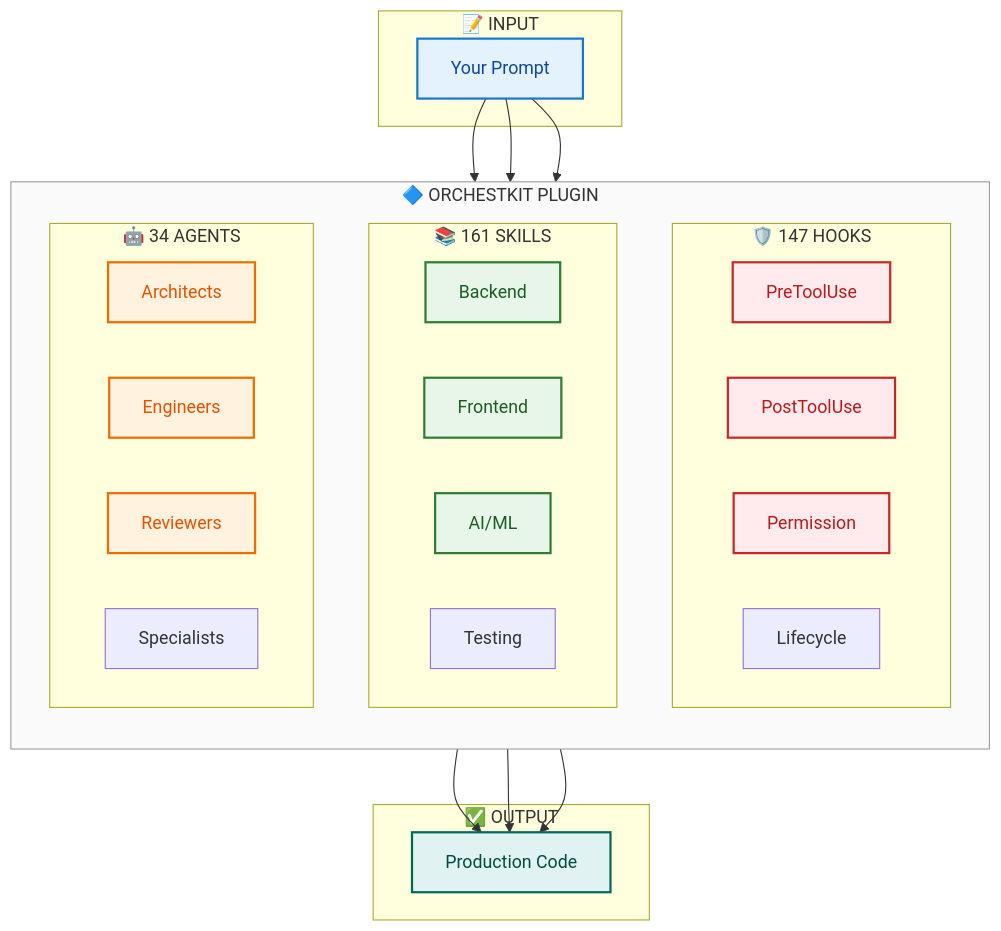
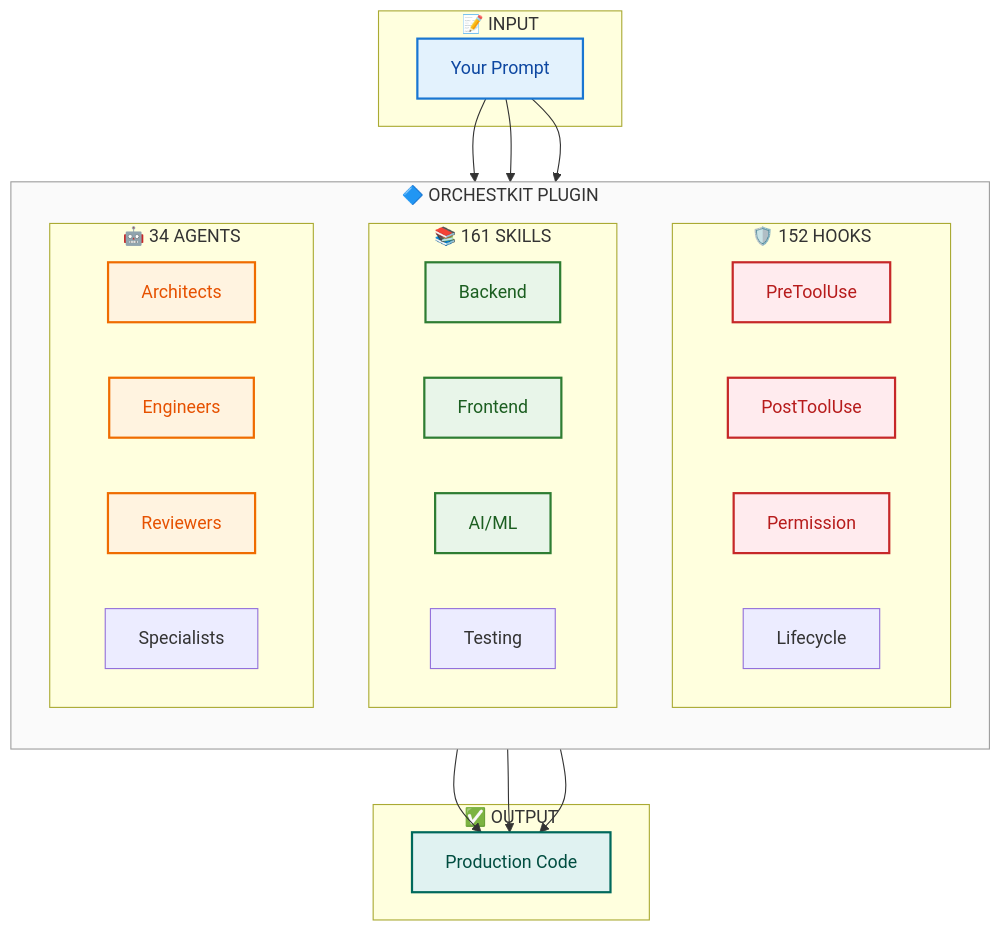
One commit to yonatangross/orchestkit changed the second of 2 diagrams in README.md. Above: the diagram before and after it, drawn with Mermaid. The commit also changed other lines of this file and 2374 other files, not shown here.

````diff
--- a/README.md
+++ b/README.md
@@ -463,59 +463,59 @@
 ```mermaid
 flowchart TB
     subgraph Input["📝 INPUT"]
         P["Your Prompt"]
     end
 
     subgraph OrchestKit["🔷 ORCHESTKIT PLUGIN"]
         direction TB
 
-        subgraph Hooks["🛡️ 147 HOOKS"]
+        subgraph Hooks["🛡️ 152 HOOKS"]
             direction LR
             H1["PreToolUse"]
             H2["PostToolUse"]
             H3["Permission"]
             H4["Lifecycle"]
         end
 
         subgraph Skills["📚 161 SKILLS"]
             direction LR
             S1["Backend"]
             S2["Frontend"]
             S3["AI/ML"]
             S4["Testing"]
         end
 
         subgraph Agents["🤖 34 AGENTS"]
             direction LR
             A1["Architects"]
             A2["Engineers"]
             A3["Reviewers"]
             A4["Specialists"]
         end
     end
 
     subgraph Output["✅ OUTPUT"]
         C["Production Code"]
     end
 
     P --> Hooks
     P --> Skills
     P --> Agents
     Hooks --> C
     Skills --> C
     Agents --> C
 
     classDef input fill:#e3f2fd,stroke:#1976d2,stroke-width:2px,color:#0d47a1
     classDef hooks fill:#ffebee,stroke:#c62828,stroke-width:2px,color:#b71c1c
     classDef skills fill:#e8f5e9,stroke:#2e7d32,stroke-width:2px,color:#1b5e20
     classDef agents fill:#fff3e0,stroke:#ef6c00,stroke-width:2px,color:#e65100
     classDef output fill:#e0f2f1,stroke:#00695c,stroke-width:2px,color:#004d40
     classDef container fill:#fafafa,stroke:#9e9e9e,stroke-width:1px
 
     class P input
     class H1,H2,H3,H0 hooks
-    class S1,S2,S3,S179 skills
+    class S1,S2,S3,S182 skills
     class A1,A2,A3,A35 agents
     class C output
     class OrchestKit container
 ```
````
